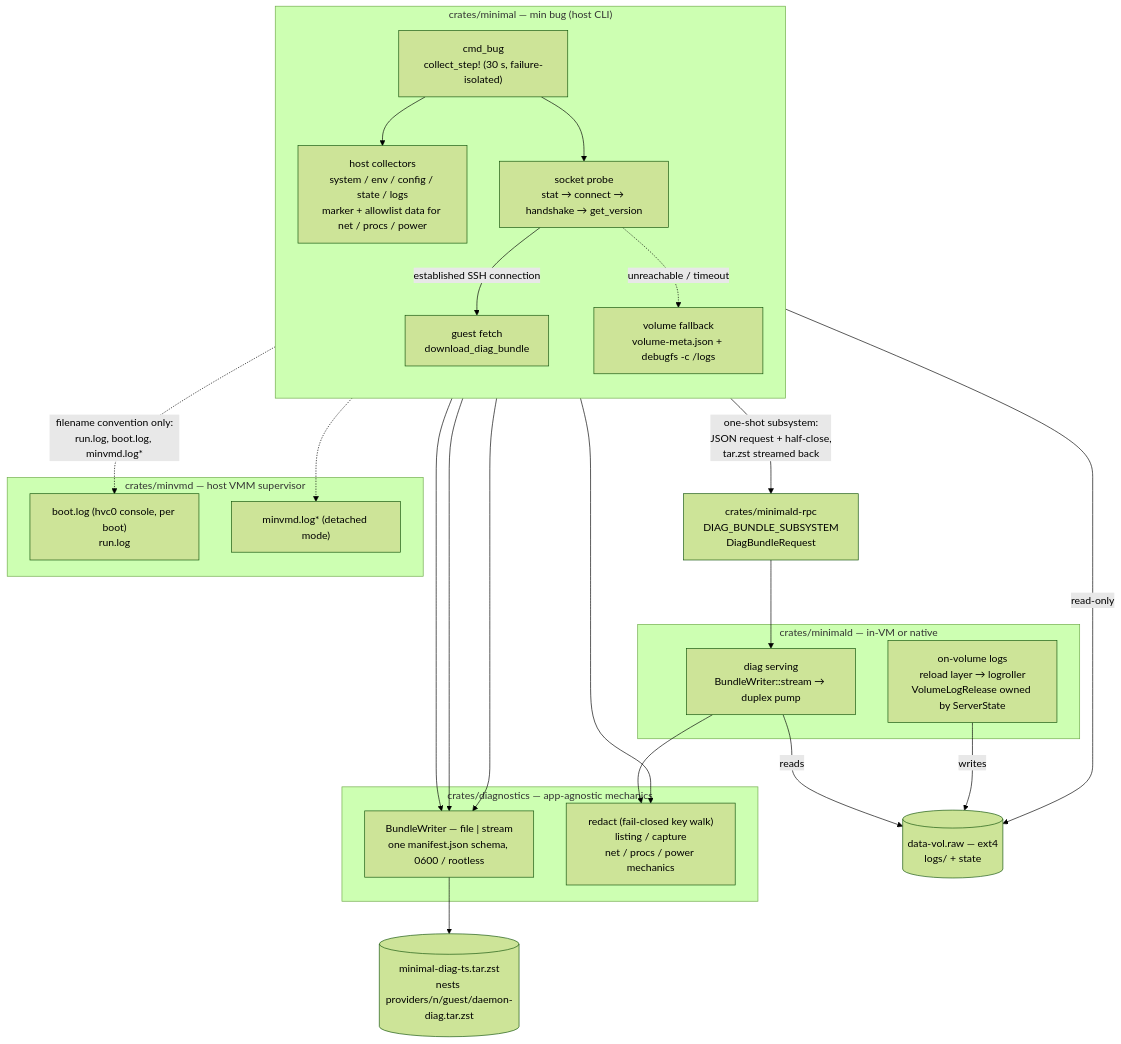
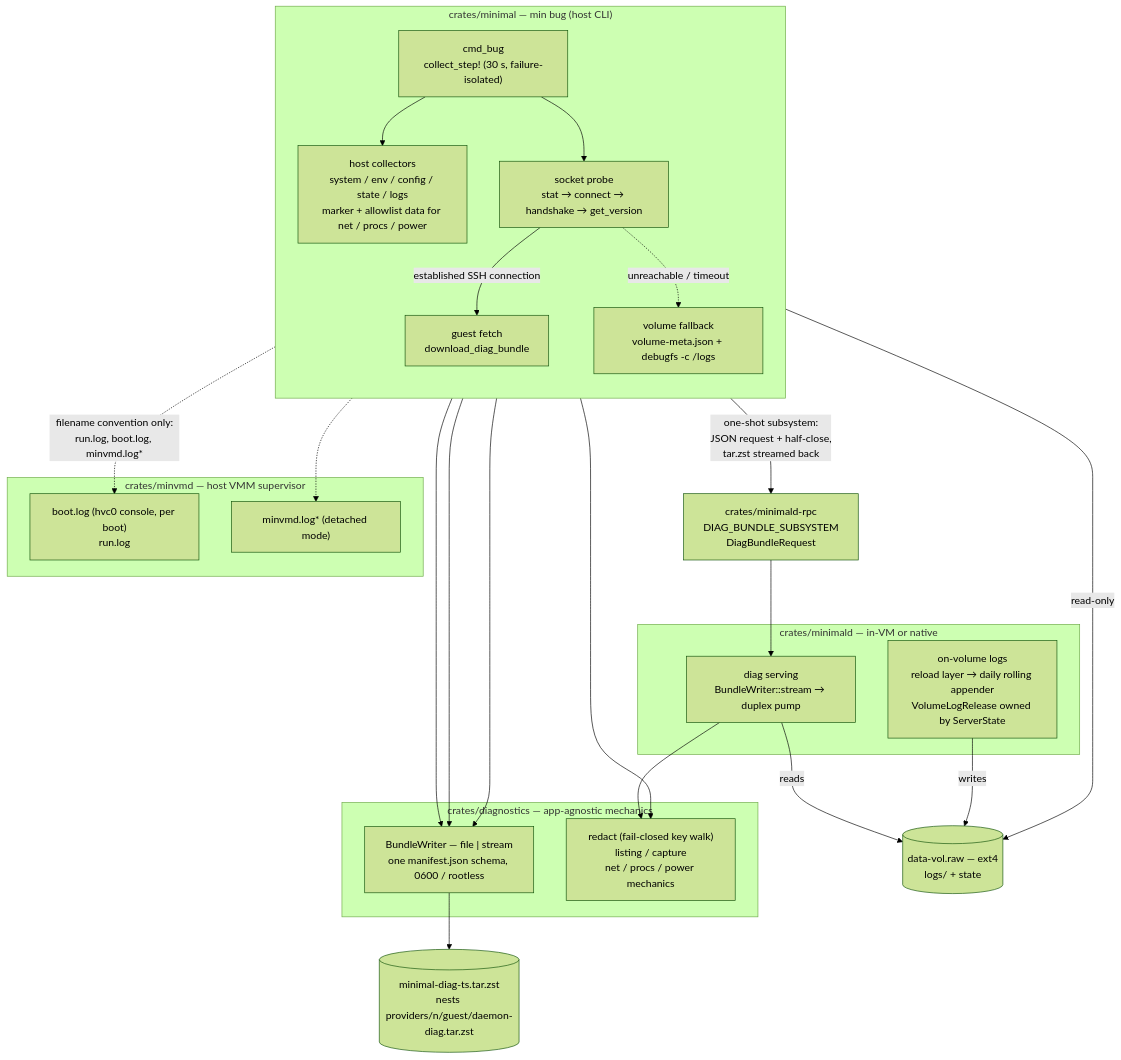
One commit to gominimal/minimal changed the first of 4 diagrams in docs/specs/10-spec-diagnostics/architecture.md. Above: the diagram before and after it, drawn with Mermaid (forest theme). The commit also changed other lines of this file and 1 other file, not shown here.

First line of the commit message:
docs(specs): revert rotation decision to tracing-appender daily

````diff
--- a/docs/specs/10-spec-diagnostics/architecture.md
+++ b/docs/specs/10-spec-diagnostics/architecture.md
@@ -46,48 +46,48 @@
 ```mermaid
 flowchart TB
     subgraph CLI["crates/minimal — min bug (host CLI)"]
         direction TB
         CMD["cmd_bug<br/>collect_step! (30 s, failure-isolated)"]
         HOSTCOL["host collectors<br/>system / env / config / state / logs<br/>marker + allowlist data for net / procs / power"]
         PROBE["socket probe<br/>stat → connect → handshake → get_version"]
         GUEST["guest fetch<br/>download_diag_bundle"]
         FALLBACK["volume fallback<br/>volume-meta.json + debugfs -c /logs"]
     end
 
     subgraph DIAG["crates/diagnostics — app-agnostic mechanics"]
         BW["BundleWriter — file | stream<br/>one manifest.json schema, 0600 / rootless"]
         ENG["redact (fail-closed key walk)<br/>listing / capture<br/>net / procs / power mechanics"]
     end
 
     RPC["crates/minimald-rpc<br/>DIAG_BUNDLE_SUBSYSTEM<br/>DiagBundleRequest"]
 
     subgraph DAEMON["crates/minimald — in-VM or native"]
         SERVE["diag serving<br/>BundleWriter::stream → duplex pump"]
-        DLOG["on-volume logs<br/>reload layer → logroller<br/>VolumeLogRelease owned by ServerState"]
+        DLOG["on-volume logs<br/>reload layer → daily rolling appender<br/>VolumeLogRelease owned by ServerState"]
     end
 
     subgraph VMM["crates/minvmd — host VMM supervisor"]
         BOOT["boot.log (hvc0 console, per boot)<br/>run.log"]
         VLOG["minvmd.log* (detached mode)"]
     end
 
     OUT[("minimal-diag-ts.tar.zst<br/>nests providers/n/guest/daemon-diag.tar.zst")]
     VOL[("data-vol.raw — ext4<br/>logs/ + state")]
 
     CMD --> HOSTCOL --> BW
     HOSTCOL --> ENG
     CMD --> PROBE
     PROBE -->|"established SSH connection"| GUEST
     GUEST -->|"one-shot subsystem:<br/>JSON request + half-close,<br/>tar.zst streamed back"| RPC
     RPC --> SERVE
     SERVE --> ENG
     SERVE -->|"reads"| VOL
     DLOG -->|"writes"| VOL
     GUEST --> BW
     PROBE -.->|"unreachable / timeout"| FALLBACK
     FALLBACK -->|"read-only"| VOL
     FALLBACK --> BW
     BW --> OUT
     HOSTCOL -.->|"filename convention only:<br/>run.log, boot.log, minvmd.log*"| BOOT
     HOSTCOL -.-> VLOG
 ```
````
